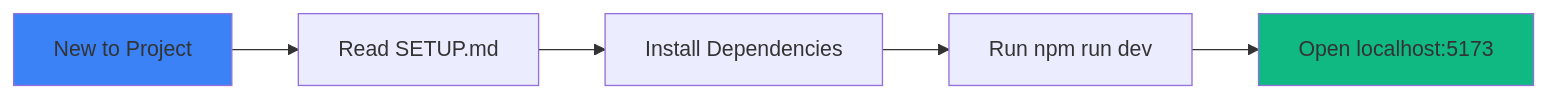
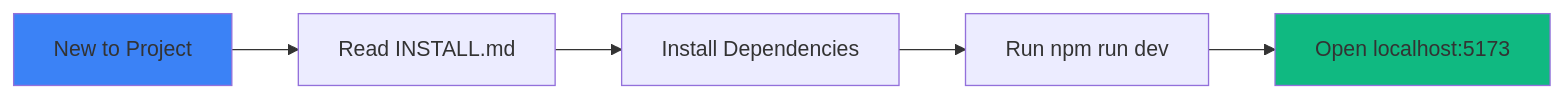
Before and after one commit to buluma/Code-Agent-Monitor: the second of 14 diagrams in docs/README.md, drawn with Mermaid. The commit also changed other lines of this file and 9 other files, not shown here.

First line of the commit message:
docs: merge SETUP.md into INSTALL.md, make it canonical

````diff
--- a/docs/README.md
+++ b/docs/README.md
@@ -87,10 +87,10 @@
 ```mermaid
 graph LR
-    A[New to Project] --> B[Read SETUP.md]
+    A[New to Project] --> B[Read INSTALL.md]
     B --> C[Install Dependencies]
     C --> D[Run npm run dev]
     D --> E[Open localhost:5173]
     
     style A fill:#3B82F6
     style E fill:#10B981
 ```
````
